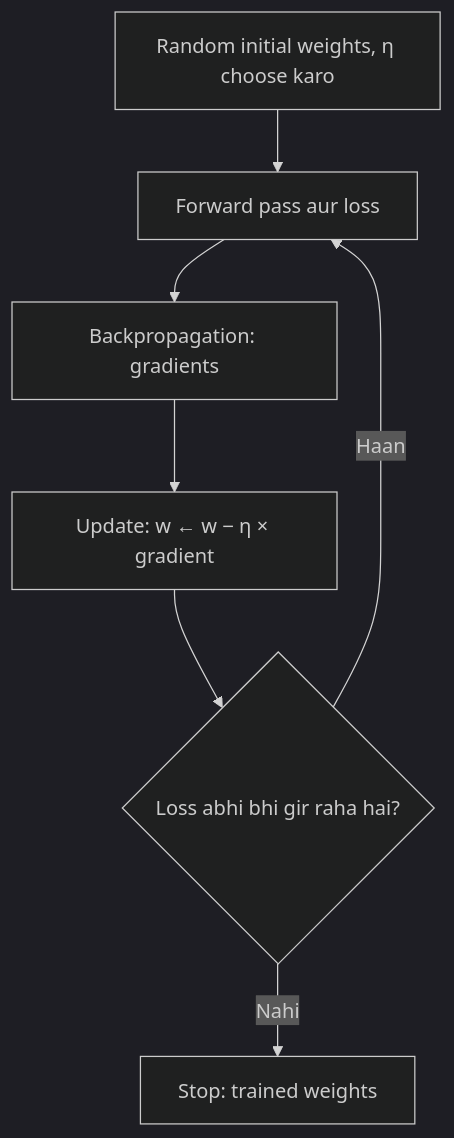
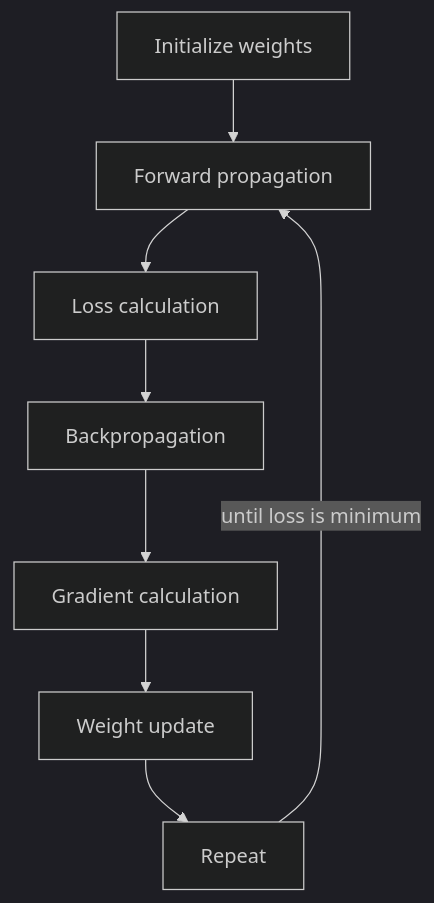
The second of 4 diagrams in content/deep-learning/notes/gradient-descent.hi.mdx (TrendySloth1001/sem-seven-notes), drawn with Mermaid (dark theme) before and after one commit. The commit also changed other lines of this file and 254 other files, not shown here.

Commit message:
Rewrite the backpropagation, gradient descent, regularization and autoencoder notes and their 29 answers from the teachers' class files. They use 185 teacher figures with class-notes citations only, and correct the AdaGrad, RMSProp, Nesterov and batch-norm numbers on the slides.

````diff
--- a/content/deep-learning/notes/gradient-descent.hi.mdx
+++ b/content/deep-learning/notes/gradient-descent.hi.mdx
@@ -89,10 +124,11 @@
 ```mermaid
-%% caption: Gradient descent ka loop. Loop ka har chakkar ek iteration hai; jab loss improve hona band ho jaata hai to loop ruk jaata hai.
+%% caption: Gradient descent ka working flow. Loop ke har pass mein weights thoda downhill jaate hain, to loss ghatta hai aur prediction zyada accurate hoti hai.
 flowchart TD
-  A["Random initial weights, η choose karo"] --> B["Forward pass aur loss"]
-  B --> C["Backpropagation: gradients"]
-  C --> D["Update: w ← w − η × gradient"]
-  D --> E{"Loss abhi bhi gir raha hai?"}
-  E -- "Haan" --> B
-  E -- "Nahi" --> F["Stop: trained weights"]
+  A["Initialize weights"] --> B["Forward propagation"]
+  B --> C["Loss calculation"]
+  C --> D["Backpropagation"]
+  D --> E["Gradient calculation"]
+  E --> F["Weight update"]
+  F --> G["Repeat"]
+  G -->|"until loss is minimum"| B
 ```
````
